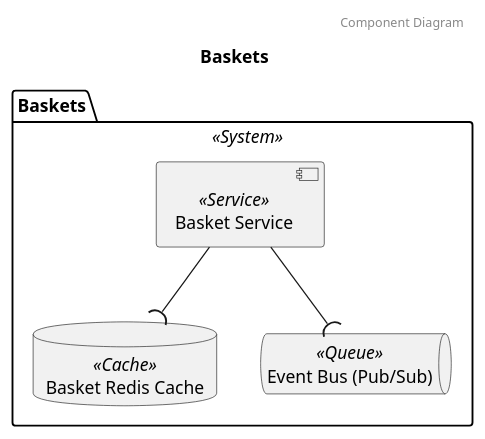
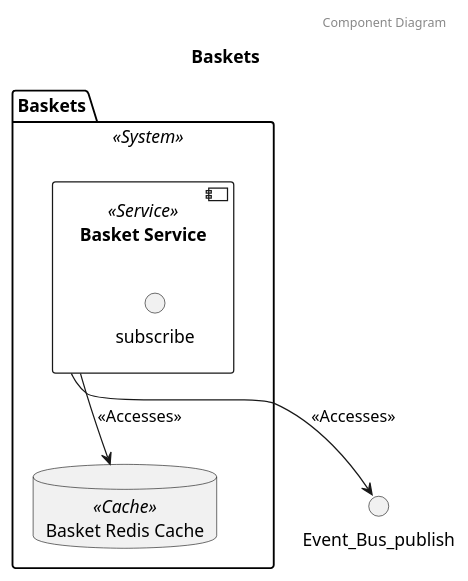
Before and after one commit to garrettsutula/example-trellis-project: the third of 3 diagrams in diagrams/systems/Baskets.puml, drawn with PlantUML. The commit also changed other lines of this file and 29 other files, not shown here.

Commit message:
Update deps, diagram examples

```diff
--- a/diagrams/systems/Baskets.puml
+++ b/diagrams/systems/Baskets.puml
@@ -34,11 +37,12 @@
 @startuml Component Diagram Baskets
 header Component Diagram
 title Baskets
 package "Baskets" as Baskets_package <<System>>{
-	component "Basket Service" as Basket_Service <<Service>>
-	database "Basket Redis Cache" as Basket_Redis_Cache <<Cache>>
-	queue "Event Bus (Pub/Sub)" as Event_Bus_Pub_Sub <<Queue>>
+	component "Basket Service" as Baskets_Basket_Service <<Service>> {
+		interface "subscribe" as subscribe
+	}
+	database "Basket Redis Cache" as Baskets_Basket_Redis_Cache <<Cache>>
 }
-	Basket_Service -down-( Basket_Redis_Cache
-	Basket_Service -down-( Event_Bus_Pub_Sub
+	Baskets_Basket_Service -down-> Baskets_Basket_Redis_Cache: <<Accesses>>
+	Baskets_Basket_Service -down-> Event_Bus_publish: <<Accesses>>
 @enduml
```
